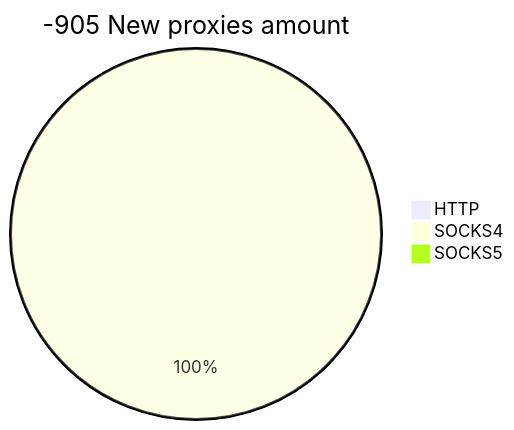
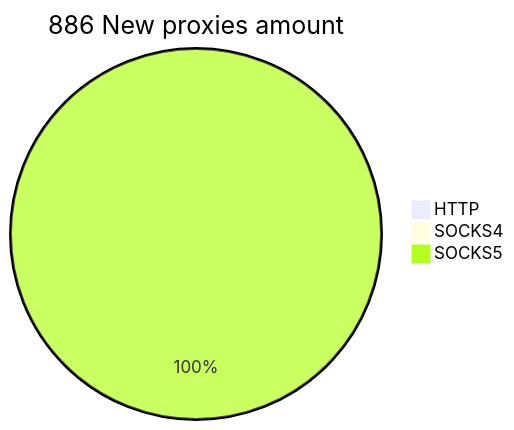
The second of 2 diagrams in README.md (cutipu/proxylist), drawn with Mermaid before and after one commit. The commit also changed other lines of this file, not shown here.

````diff
--- a/README.md
+++ b/README.md
@@ -10,6 +10,6 @@
 ```mermaid
-pie title -905 New proxies amount
+pie title 886 New proxies amount
     "HTTP" : 0
-    "SOCKS4" : 2
-    "SOCKS5" : 0
+    "SOCKS4" : 0
+    "SOCKS5" : 886
 ```
````
